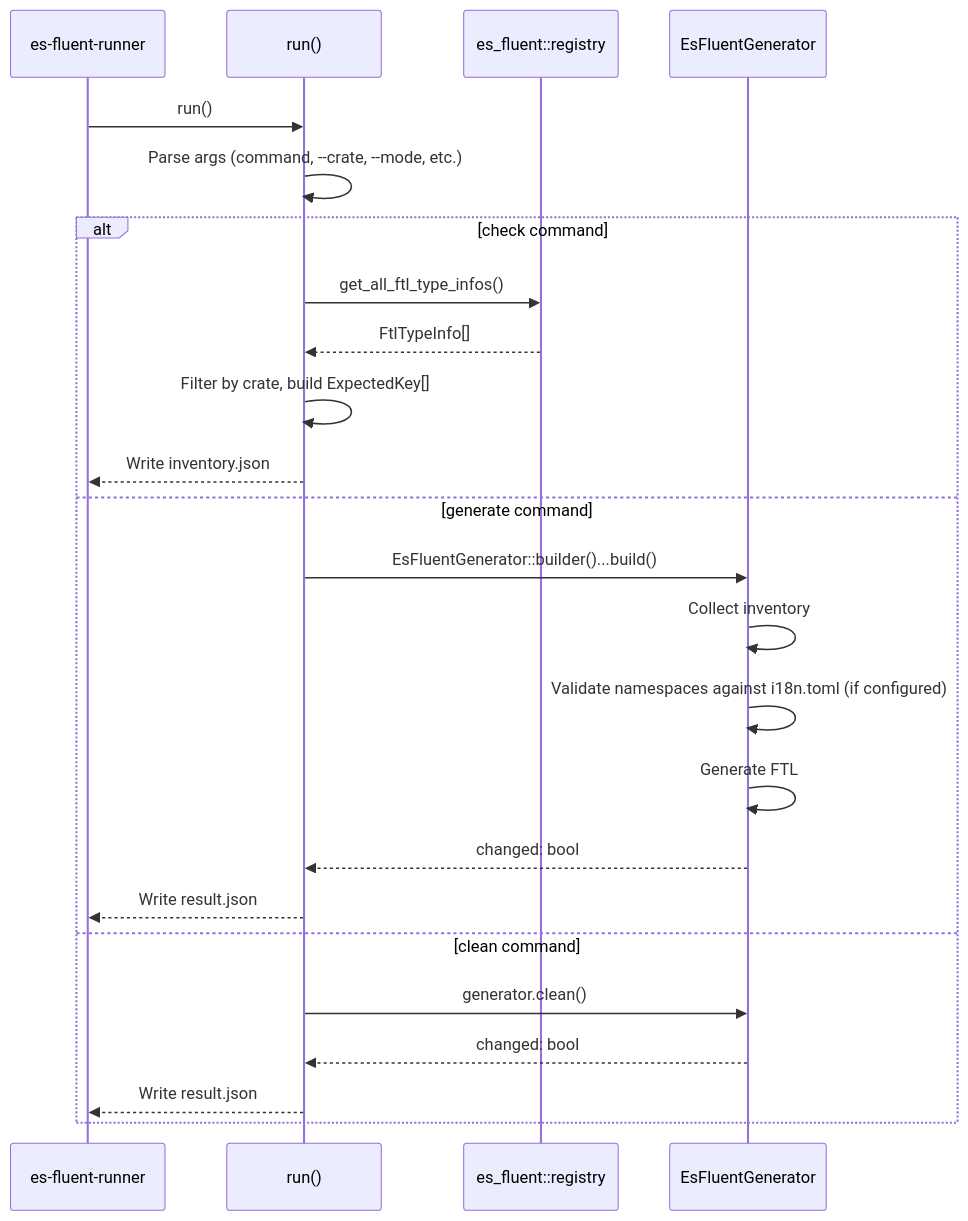
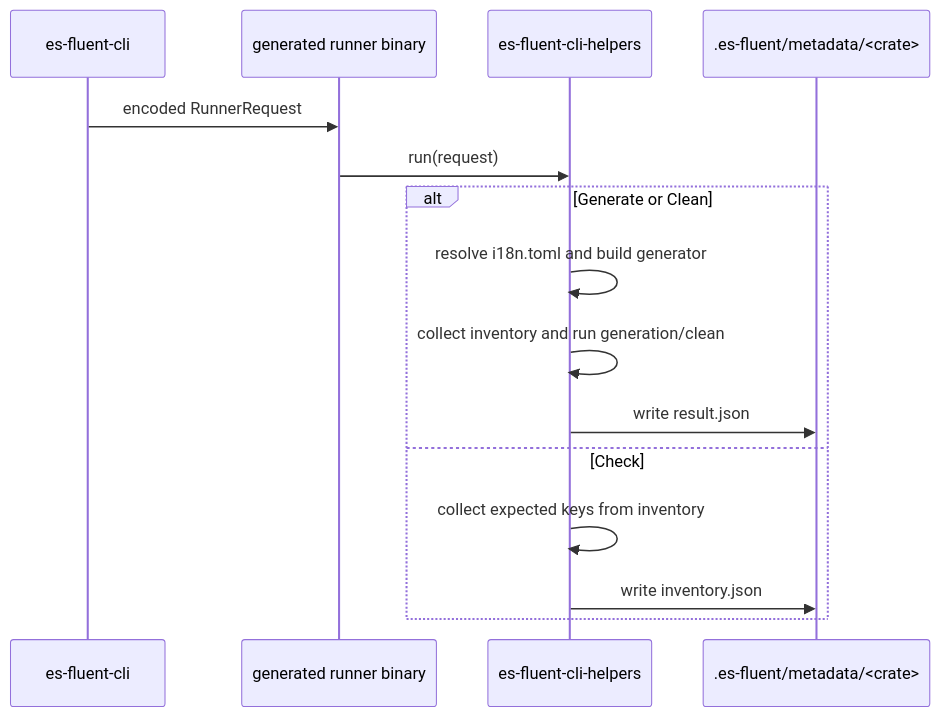
One commit to stayhydated/es-fluent changed the second of 2 diagrams in crates/es-fluent-cli-helpers/docs/ARCHITECTURE.md. Above: the diagram before and after it, drawn with Mermaid. The commit also changed other lines of this file and 16 other files, not shown here.

````diff
--- a/crates/es-fluent-cli-helpers/docs/ARCHITECTURE.md
+++ b/crates/es-fluent-cli-helpers/docs/ARCHITECTURE.md
@@ -95,28 +61,19 @@
 ```mermaid
 sequenceDiagram
-    participant Runner as es-fluent-runner
-    participant Helpers as run()
-    participant Inventory as es_fluent::registry
-    participant Generator as EsFluentGenerator
+    participant CLI as es-fluent-cli
+    participant Runner as generated runner binary
+    participant Helpers as es-fluent-cli-helpers
+    participant Meta as .es-fluent/metadata/<crate>
 
-    Runner->>Helpers: run()
-    Helpers->>Helpers: Parse args (command, --crate, --mode, etc.)
+    CLI->>Runner: encoded RunnerRequest
+    Runner->>Helpers: run(request)
 
-    alt check command
-        Helpers->>Inventory: get_all_ftl_type_infos()
-        Inventory-->>Helpers: FtlTypeInfo[]
-        Helpers->>Helpers: Filter by crate, build ExpectedKey[]
-        Helpers-->>Runner: Write inventory.json
-    else generate command
-        Helpers->>Generator: EsFluentGenerator::builder()...build()
-        Generator->>Generator: Collect inventory
-        Generator->>Generator: Validate namespaces against i18n.toml (if configured)
-        Generator->>Generator: Generate FTL
-        Generator-->>Helpers: changed: bool
-        Helpers-->>Runner: Write result.json
-    else clean command
-        Helpers->>Generator: generator.clean()
-        Generator-->>Helpers: changed: bool
-        Helpers-->>Runner: Write result.json
+    alt Generate or Clean
+        Helpers->>Helpers: resolve i18n.toml and build generator
+        Helpers->>Helpers: collect inventory and run generation/clean
+        Helpers->>Meta: write result.json
+    else Check
+        Helpers->>Helpers: collect expected keys from inventory
+        Helpers->>Meta: write inventory.json
     end
 ```
````
